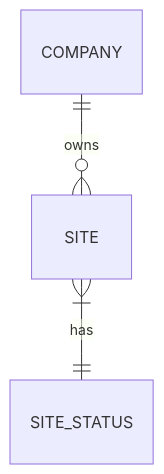
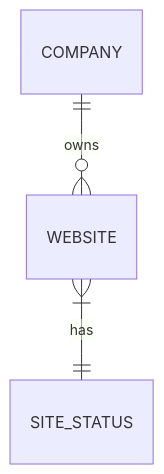
One commit to thiagotks2/multilead changed the diagram in docs/features/005-site-management.md. Above: the diagram before and after it, drawn with Mermaid. The commit also changed other lines of this file, not shown here.

````diff
--- a/docs/features/005-site-management.md
+++ b/docs/features/005-site-management.md
@@ -112,5 +113,5 @@
 ```mermaid
 erDiagram
-    COMPANY ||--o{ SITE : "owns"
-    SITE }|--|| SITE_STATUS : "has"
+    COMPANY ||--o{ WEBSITE : "owns"
+    WEBSITE }|--|| SITE_STATUS : "has"
 ```
````
